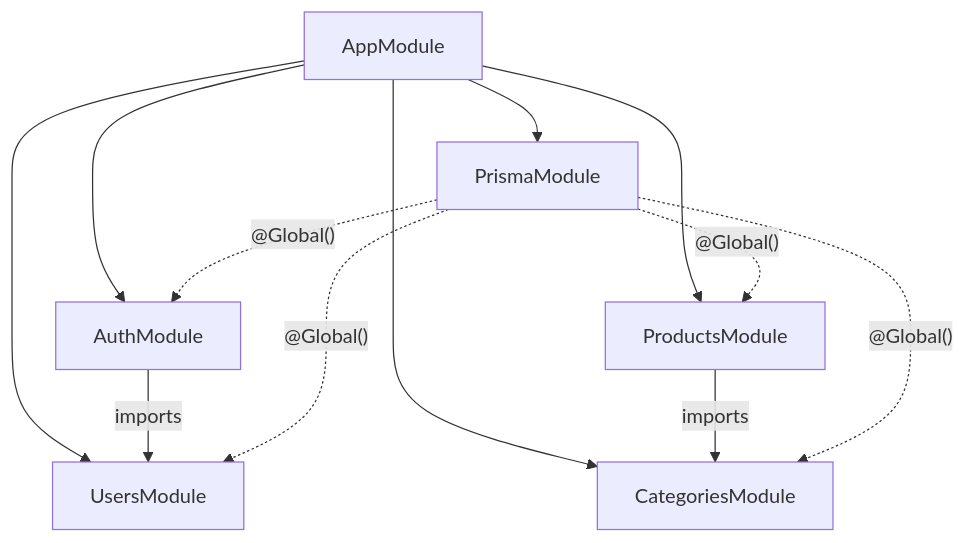
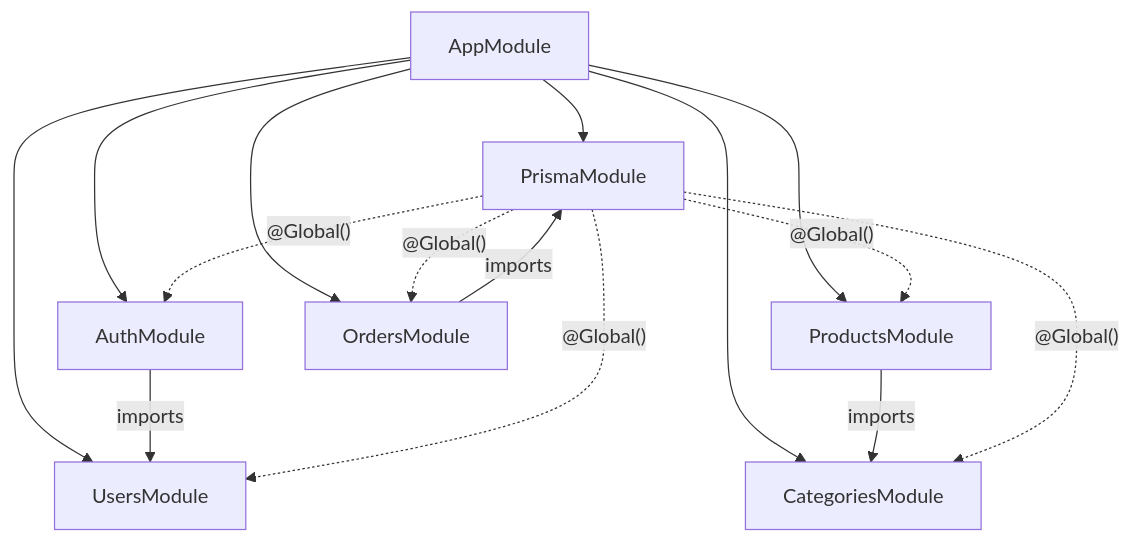
One commit to zidanabbas/API-NestJS changed the second of 2 diagrams in docs/architecture.md. Above: the diagram before and after it, drawn with Mermaid. The commit also changed other lines of this file and 25 other files, not shown here.

````diff
--- a/docs/architecture.md
+++ b/docs/architecture.md
@@ -30,16 +30,19 @@
 ```mermaid
 flowchart TD
     AppModule --> PrismaModule
     AppModule --> AuthModule
     AppModule --> UsersModule
     AppModule --> CategoriesModule
     AppModule --> ProductsModule
+    AppModule --> OrdersModule
 
     AuthModule -->|imports| UsersModule
     ProductsModule -->|imports| CategoriesModule
+    OrdersModule -->|imports| PrismaModule
 
     PrismaModule -.->|"@Global()"| AuthModule
     PrismaModule -.->|"@Global()"| UsersModule
     PrismaModule -.->|"@Global()"| CategoriesModule
     PrismaModule -.->|"@Global()"| ProductsModule
+    PrismaModule -.->|"@Global()"| OrdersModule
 ```
````
